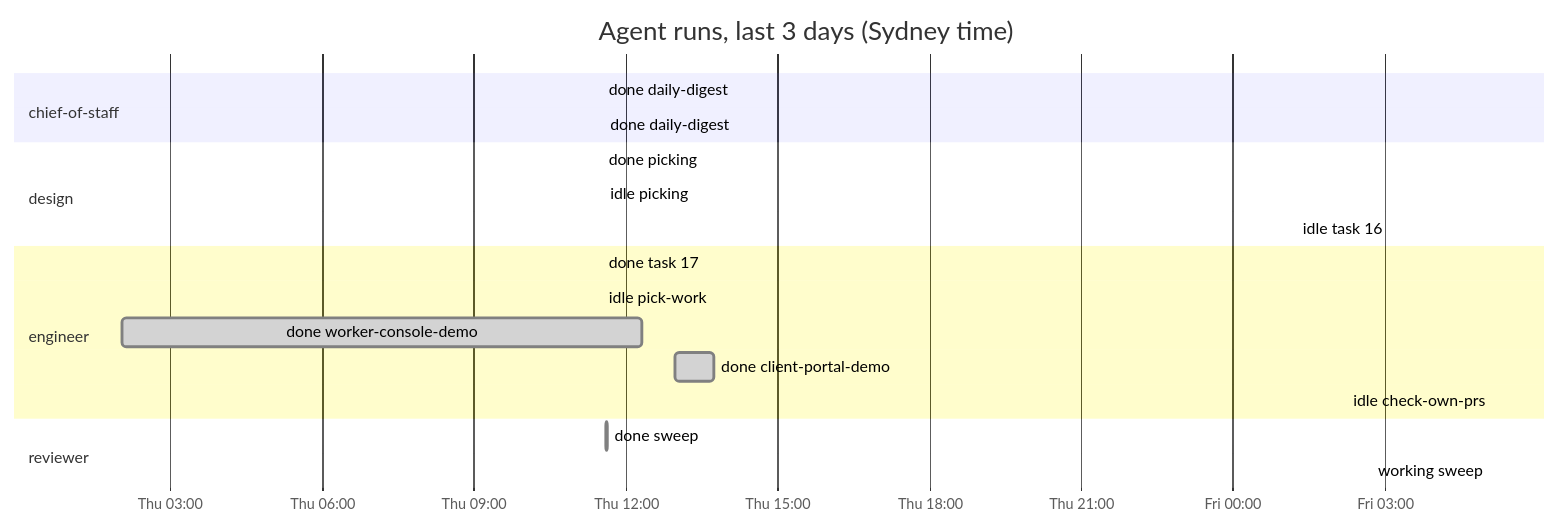
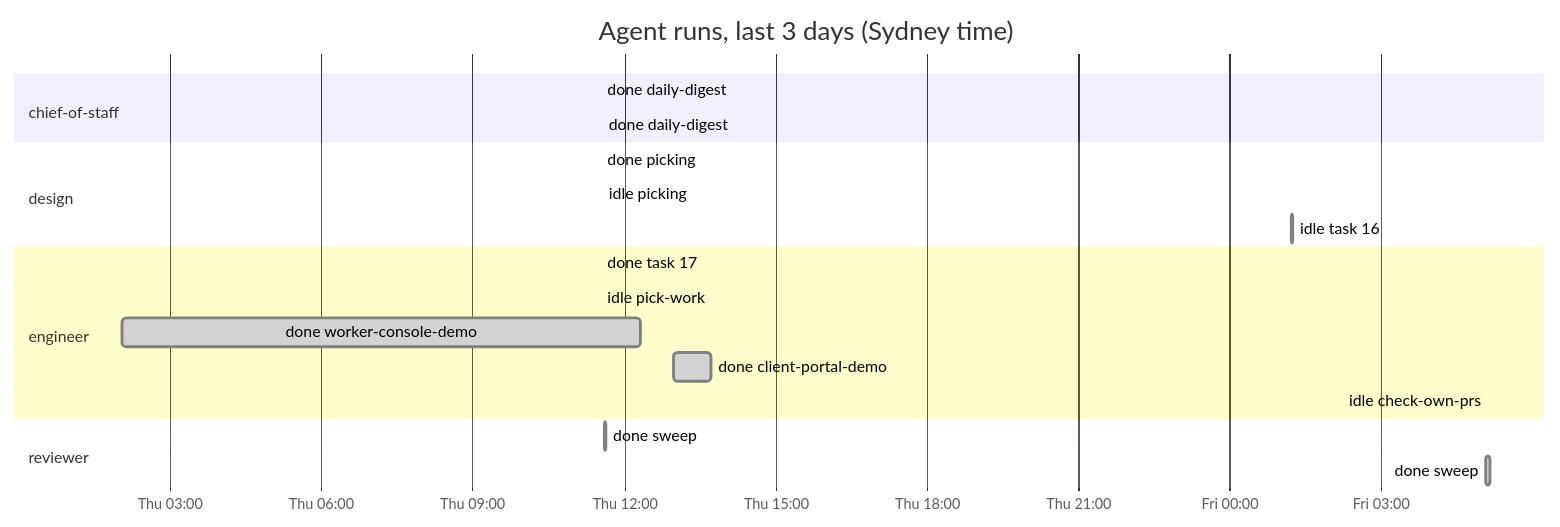
The diagram in dashboard.md (roulmediateam-byte/fifteen-expert-hq), drawn with Mermaid before and after one commit. The commit also changed other lines of this file and 1 other file, not shown here.

````diff
--- a/dashboard.md
+++ b/dashboard.md
@@ -33,22 +33,22 @@
 ```mermaid
 gantt
     title Agent runs, last 3 days (Sydney time)
     dateFormat YYYY-MM-DD HH:mm
     axisFormat %a %H:%M
     section chief-of-staff
     done daily-digest :done, 2026-11-05 11:31, 2026-11-05 11:32
     done daily-digest :done, 2026-11-05 11:33, 2026-11-05 11:34
     section design
     done picking :done, 2026-11-05 11:31, 2026-11-05 11:32
     idle picking :done, 2026-11-05 11:33, 2026-11-05 11:33
     idle task 16 :done, 2026-11-06 01:14, 2026-11-06 01:15
     section engineer
     done task 17 :done, 2026-11-05 11:31, 2026-11-05 11:32
     idle pick-work :done, 2026-11-05 11:32, 2026-11-05 11:32
     done worker-console-demo :done, 2026-11-05 02:03, 2026-11-05 12:19
     done client-portal-demo :done, 2026-11-05 12:59, 2026-11-05 13:44
     idle check-own-prs :done, 2026-11-06 02:14, 2026-11-06 02:14
     section reviewer
     done sweep :done, 2026-11-05 11:37, 2026-11-05 11:39
-    working sweep :active, 2026-11-06 05:05, 2026-11-06 05:05
+    done sweep :done, 2026-11-06 05:05, 2026-11-06 05:10
 ```
````
